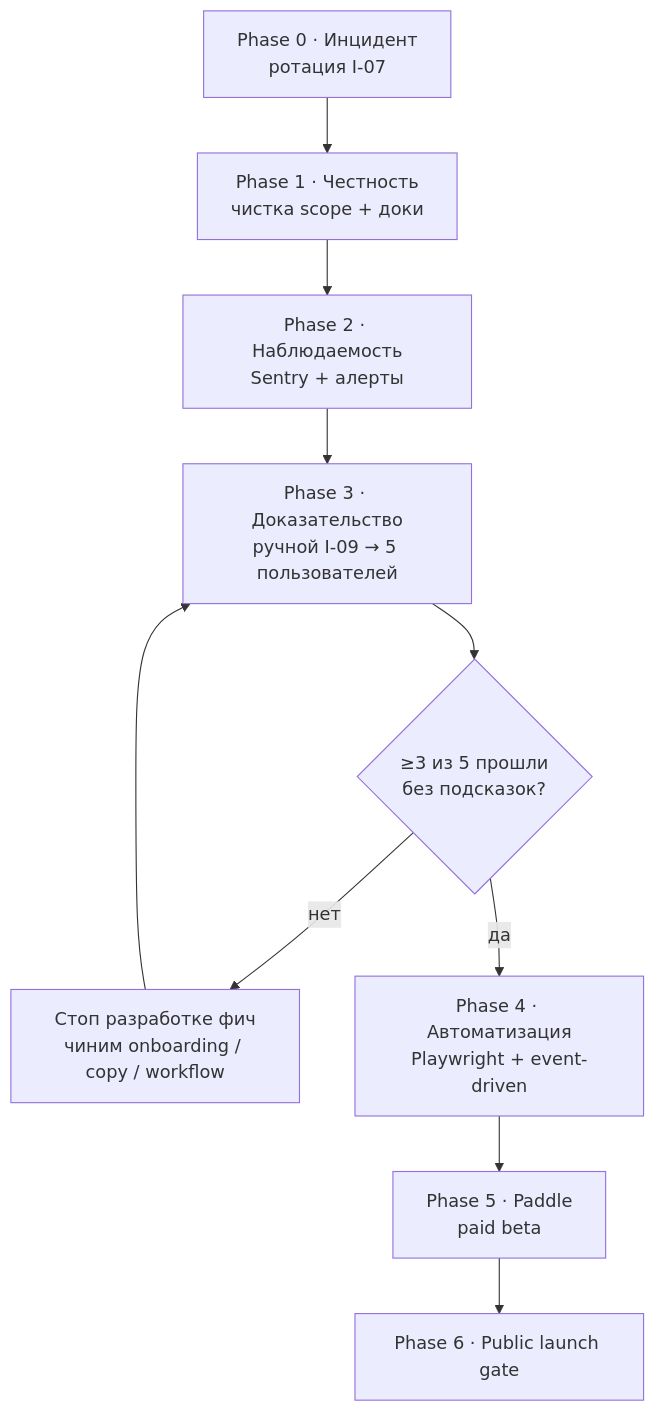
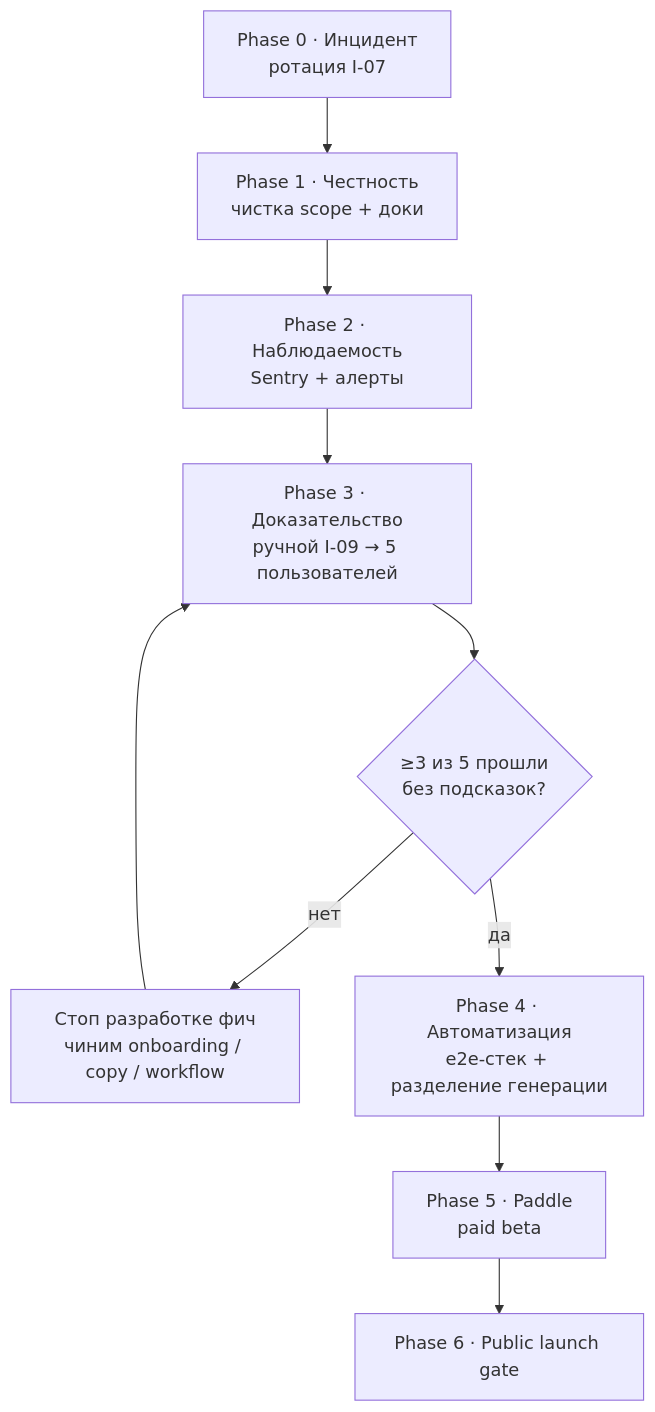
The tenth of 10 diagrams in docs/project-workflows-and-beta-plan-2026-07-10.md (nevorahq/nevora-sys), drawn with Mermaid before and after one commit. The commit also changed other lines of this file, not shown here.

First line of the commit message:
docs(plan): recheck Phase 4 against the code; fix three wrong items (#15)

````diff
--- a/docs/project-workflows-and-beta-plan-2026-07-10.md
+++ b/docs/project-workflows-and-beta-plan-2026-07-10.md
@@ -580,12 +580,12 @@
 ```mermaid
 flowchart TD
   P0["Phase 0 · Инцидент\nротация I-07"] --> P1["Phase 1 · Честность\nчистка scope + доки"]
   P1 --> P2["Phase 2 · Наблюдаемость\nSentry + алерты"]
   P2 --> P3["Phase 3 · Доказательство\nручной I-09 → 5 пользователей"]
   P3 --> Gate{"≥3 из 5 прошли\nбез подсказок?"}
   Gate -- "нет" --> Fix["Стоп разработке фич\nчиним onboarding / copy / workflow"]
   Fix --> P3
-  Gate -- "да" --> P4["Phase 4 · Автоматизация\nPlaywright + event-driven"]
+  Gate -- "да" --> P4["Phase 4 · Автоматизация\ne2e-стек + разделение генерации"]
   P4 --> P5["Phase 5 · Paddle\npaid beta"]
   P5 --> P6["Phase 6 · Public launch gate"]
 ```
````
